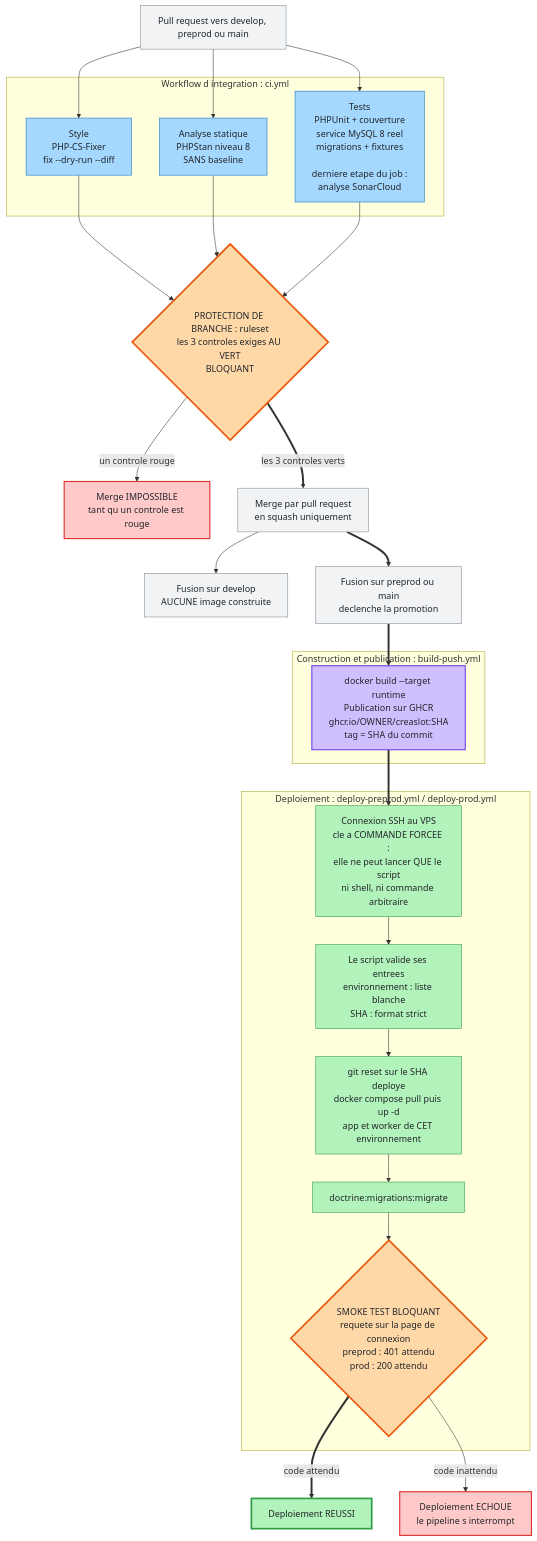
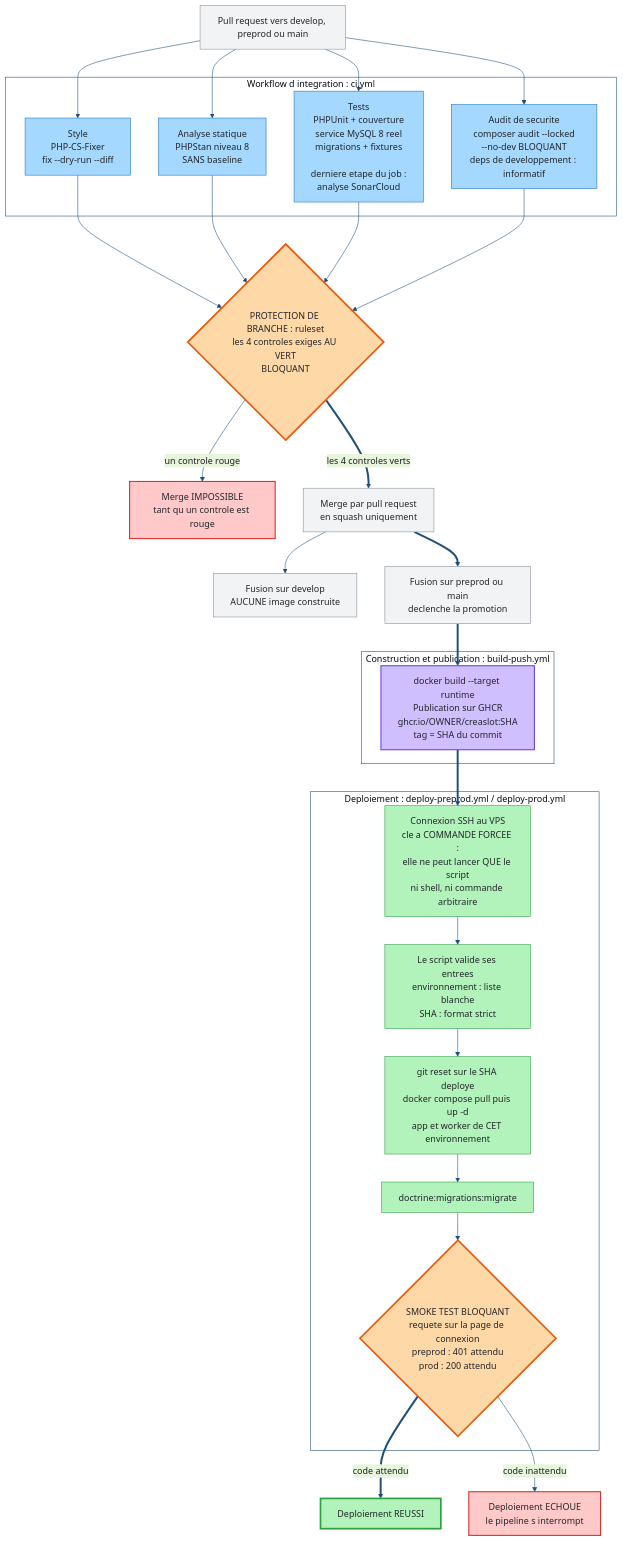
One commit to sgahovey/creaslot changed the diagram in docs/pipeline-cicd.mermaid. Above: the diagram before and after it, drawn with Mermaid. The commit also changed 200 other files, not shown here.

```diff
--- a/docs/pipeline-cicd.mermaid
+++ b/docs/pipeline-cicd.mermaid
@@ -1,75 +1,89 @@
+---
+config:
+  theme: base
+  themeVariables:
+    primaryColor: '#DCE7F5'
+    primaryBorderColor: '#1F4E79'
+    primaryTextColor: '#1E1E1E'
+    lineColor: '#1F4E79'
+    clusterBkg: '#FFFFFF'
+    clusterBorder: '#1F4E79'
+---
 flowchart TB
 
     PR["Pull request vers develop, preprod ou main"]
 
     subgraph QUALITE["Workflow d integration : ci.yml"]
         CS["Style<br/>PHP-CS-Fixer<br/>fix --dry-run --diff"]
         STAN["Analyse statique<br/>PHPStan niveau 8<br/>SANS baseline"]
         TESTS["Tests<br/>PHPUnit + couverture<br/>service MySQL 8 reel<br/>migrations + fixtures<br/><br/>derniere etape du job :<br/>analyse SonarCloud"]
+        AUDIT["Audit de securite<br/>composer audit --locked<br/>--no-dev BLOQUANT<br/>deps de developpement : informatif"]
     end
 
-    GATE{"PROTECTION DE BRANCHE : ruleset<br/>les 3 controles exiges AU VERT<br/>BLOQUANT"}
+    GATE{"PROTECTION DE BRANCHE : ruleset<br/>les 4 controles exiges AU VERT<br/>BLOQUANT"}
 
     REFUS["Merge IMPOSSIBLE<br/>tant qu un controle est rouge"]
 
     MERGE["Merge par pull request<br/>en squash uniquement"]
 
     DEVELOP["Fusion sur develop<br/>AUCUNE image construite"]
 
     PROMO["Fusion sur preprod ou main<br/>declenche la promotion"]
 
     subgraph CONSTRUCTION["Construction et publication : build-push.yml"]
         IMAGE["docker build --target runtime<br/>Publication sur GHCR<br/>ghcr.io/OWNER/creaslot:SHA<br/>tag = SHA du commit"]
     end
 
     subgraph DEPLOIEMENT["Deploiement : deploy-preprod.yml / deploy-prod.yml"]
         SSH["Connexion SSH au VPS<br/>cle a COMMANDE FORCEE :<br/>elle ne peut lancer QUE le script<br/>ni shell, ni commande arbitraire"]
         VALID["Le script valide ses entrees<br/>environnement : liste blanche<br/>SHA : format strict"]
         SYNC["git reset sur le SHA deploye<br/>docker compose pull puis up -d<br/>app et worker de CET environnement"]
         MIGR["doctrine:migrations:migrate"]
         SMOKE{"SMOKE TEST BLOQUANT<br/>requete sur la page de connexion<br/>preprod : 401 attendu<br/>prod : 200 attendu"}
     end
 
     OK["Deploiement REUSSI"]
     KO["Deploiement ECHOUE<br/>le pipeline s interrompt"]
 
     PR --> CS
     PR --> STAN
     PR --> TESTS
+    PR --> AUDIT
 
     CS --> GATE
     STAN --> GATE
     TESTS --> GATE
+    AUDIT --> GATE
 
     GATE -->|"un controle rouge"| REFUS
-    GATE ==>|"les 3 controles verts"| MERGE
+    GATE ==>|"les 4 controles verts"| MERGE
 
     MERGE --> DEVELOP
     MERGE ==> PROMO
 
     PROMO ==> IMAGE
     IMAGE ==> SSH
     SSH --> VALID
     VALID --> SYNC
     SYNC --> MIGR
     MIGR --> SMOKE
 
     SMOKE ==>|"code attendu"| OK
     SMOKE -->|"code inattendu"| KO
 
     classDef entree fill:#f1f3f5,stroke:#868e96,stroke-width:1px,color:#212529
     classDef qualite fill:#a5d8ff,stroke:#1971c2,stroke-width:1px,color:#212529
     classDef bloquant fill:#ffd8a8,stroke:#e8590c,stroke-width:3px,color:#212529
     classDef build fill:#d0bfff,stroke:#7048e8,stroke-width:2px,color:#212529
     classDef deploie fill:#b2f2bb,stroke:#2f9e44,stroke-width:1px,color:#212529
     classDef succes fill:#b2f2bb,stroke:#2f9e44,stroke-width:3px,color:#212529
     classDef echec fill:#ffc9c9,stroke:#e03131,stroke-width:2px,color:#212529
 
     class PR entree
-    class CS,STAN,TESTS qualite
+    class CS,STAN,TESTS,AUDIT qualite
     class GATE,SMOKE bloquant
     class REFUS,KO echec
     class MERGE,DEVELOP,PROMO entree
     class IMAGE build
     class SSH,VALID,SYNC,MIGR deploie
     class OK succes
```
